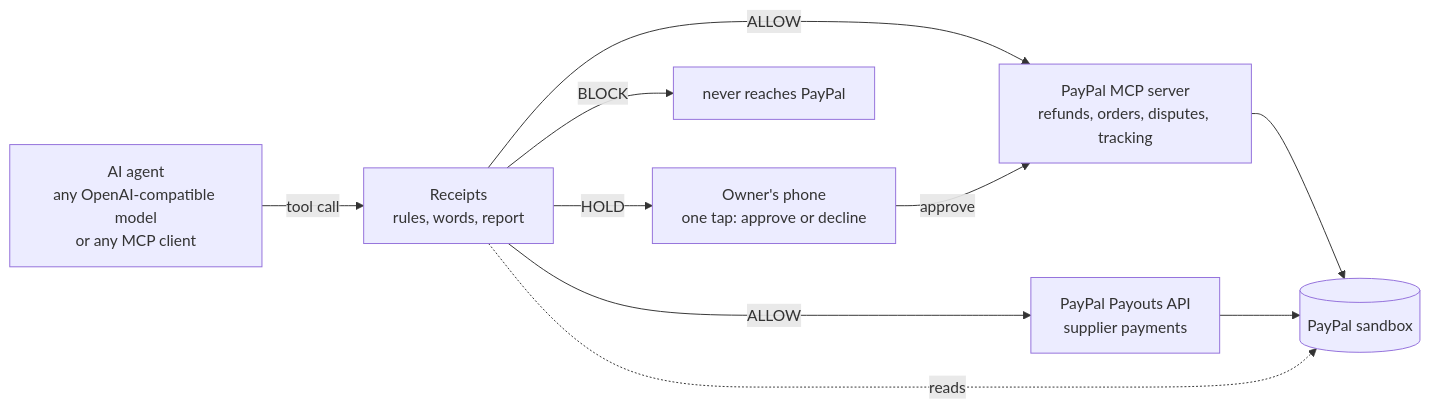
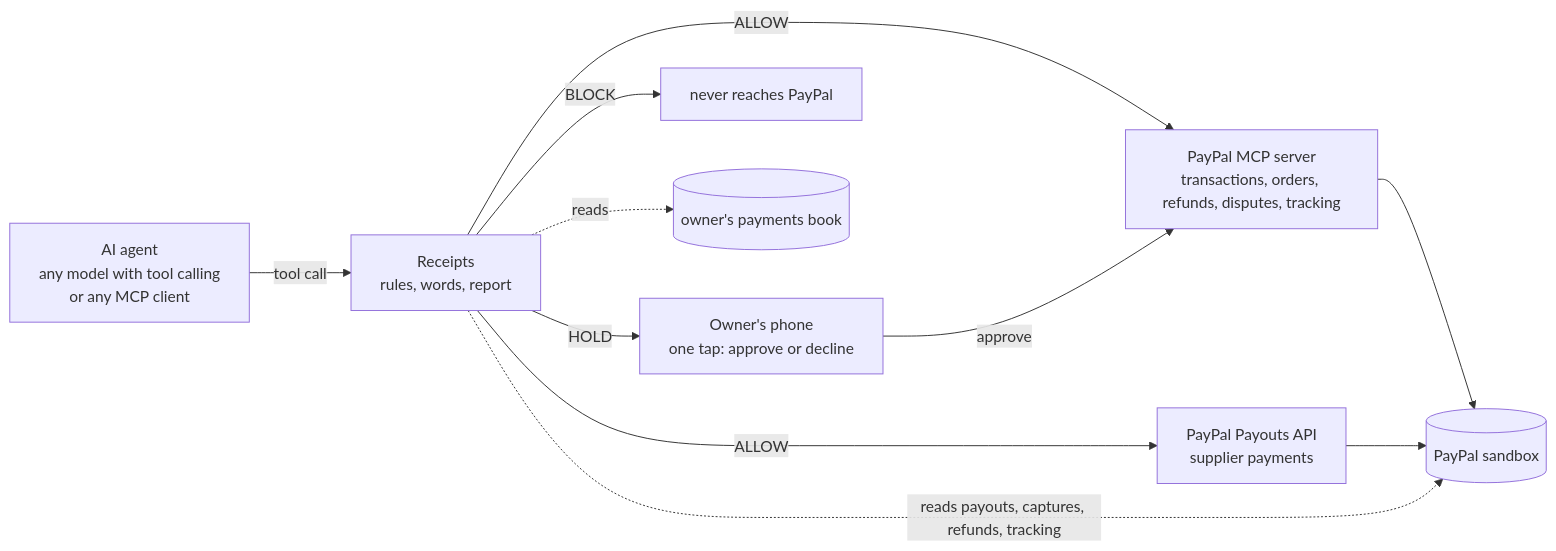
The diagram in README.md (JosephCirello/receipts), drawn with Mermaid before and after one commit. The commit also changed other lines of this file and 16 other files, not shown here.

````diff
--- a/README.md
+++ b/README.md
@@ -66,12 +85,13 @@
 ```mermaid
 flowchart LR
-  A[AI agent<br/>any OpenAI-compatible model<br/>or any MCP client] -->|tool call| R[Receipts<br/>rules, words, report]
-  R -->|ALLOW| P[PayPal MCP server<br/>refunds, orders, disputes, tracking]
+  A[AI agent<br/>any model with tool calling<br/>or any MCP client] -->|tool call| R[Receipts<br/>rules, words, report]
+  R -->|ALLOW| P[PayPal MCP server<br/>transactions, orders, refunds, disputes, tracking]
   R -->|ALLOW| Q[PayPal Payouts API<br/>supplier payments]
   R -->|HOLD| O[Owner's phone<br/>one tap: approve or decline]
   O -->|approve| P
   R -->|BLOCK| X[never reaches PayPal]
   P --> S[(PayPal sandbox)]
   Q --> S
-  R -. reads .-> S
+  R -. reads payouts, captures, refunds, tracking .-> S
+  R -. reads .-> B[(owner's payments book)]
 ```
````
